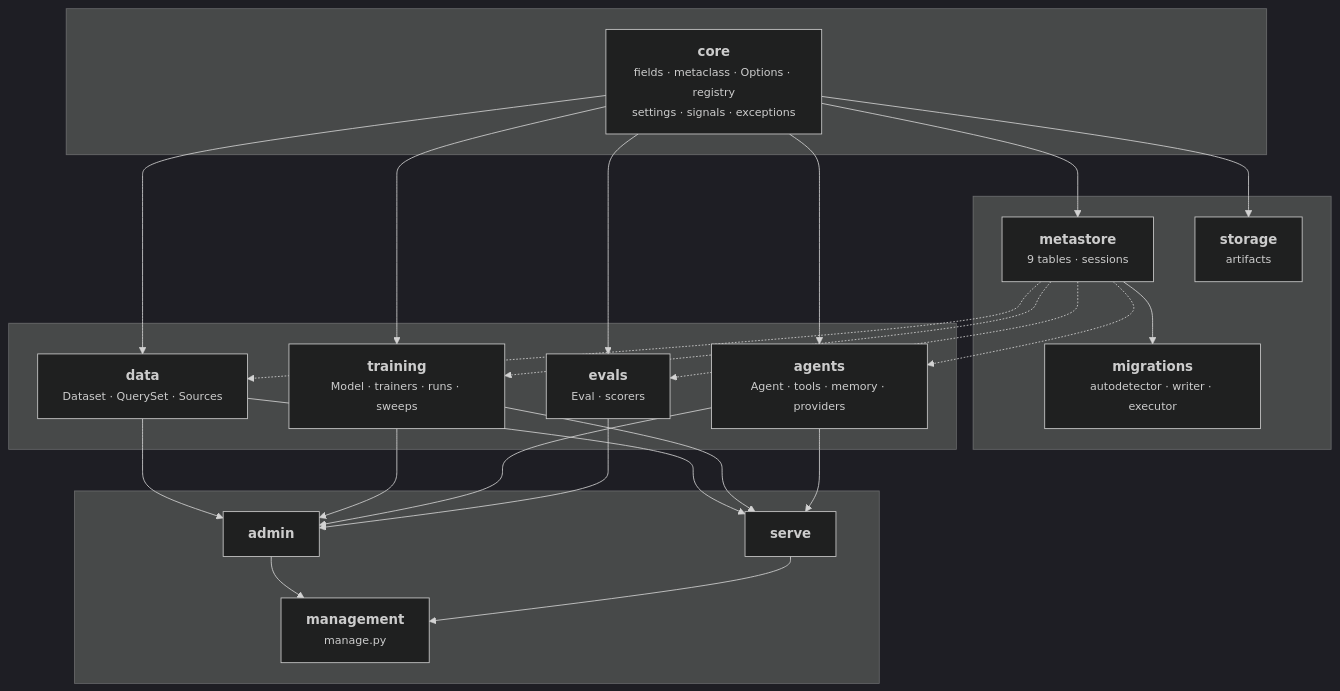
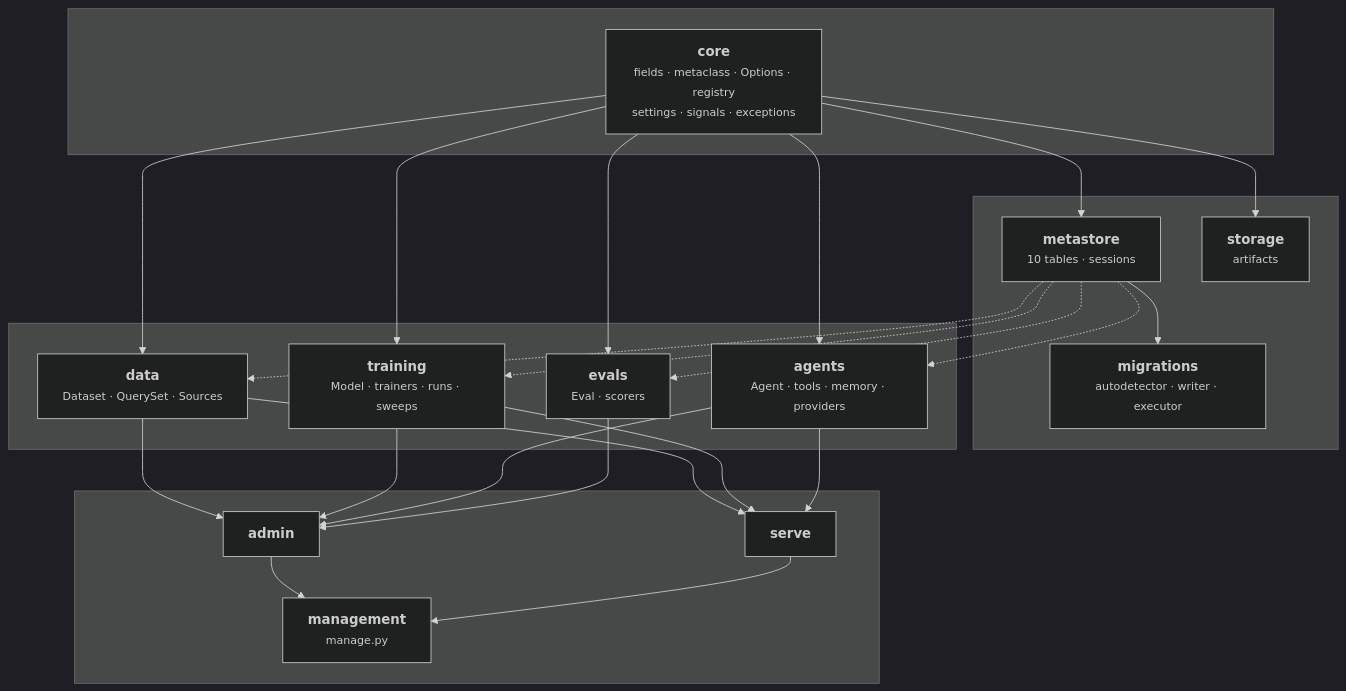
Before and after one commit to DenisDrobyshev/mlango: the first of 5 diagrams in docs/architecture.md, drawn with Mermaid (dark theme). The commit also changed other lines of this file and 26 other files, not shown here.

````diff
--- a/docs/architecture.md
+++ b/docs/architecture.md
@@ -9,46 +9,46 @@
 ```mermaid
 graph TD
     subgraph foundation[" "]
         CORE["<b>core</b><br/><small>fields · metaclass · Options · registry<br/>settings · signals · exceptions</small>"]
     end
 
     subgraph persistence[" "]
-        META["<b>metastore</b><br/><small>9 tables · sessions</small>"]
+        META["<b>metastore</b><br/><small>10 tables · sessions</small>"]
         MIG["<b>migrations</b><br/><small>autodetector · writer · executor</small>"]
         STORE["<b>storage</b><br/><small>artifacts</small>"]
     end
 
     subgraph families[" "]
         DATA["<b>data</b><br/><small>Dataset · QuerySet · Sources</small>"]
         TRAIN["<b>training</b><br/><small>Model · trainers · runs · sweeps</small>"]
         AGENTS["<b>agents</b><br/><small>Agent · tools · memory · providers</small>"]
         EVALS["<b>evals</b><br/><small>Eval · scorers</small>"]
     end
 
     subgraph surfaces[" "]
         ADMIN["<b>admin</b>"]
         SERVE["<b>serve</b>"]
         CLI["<b>management</b><br/><small>manage.py</small>"]
     end
 
     CORE --> META
     CORE --> STORE
     META --> MIG
     CORE --> DATA
     CORE --> TRAIN
     CORE --> AGENTS
     CORE --> EVALS
     META -.-> DATA
     META -.-> TRAIN
     META -.-> AGENTS
     META -.-> EVALS
     DATA --> ADMIN
     TRAIN --> ADMIN
     AGENTS --> ADMIN
     EVALS --> ADMIN
     DATA --> SERVE
     TRAIN --> SERVE
     AGENTS --> SERVE
     ADMIN --> CLI
     SERVE --> CLI
 ```
````
